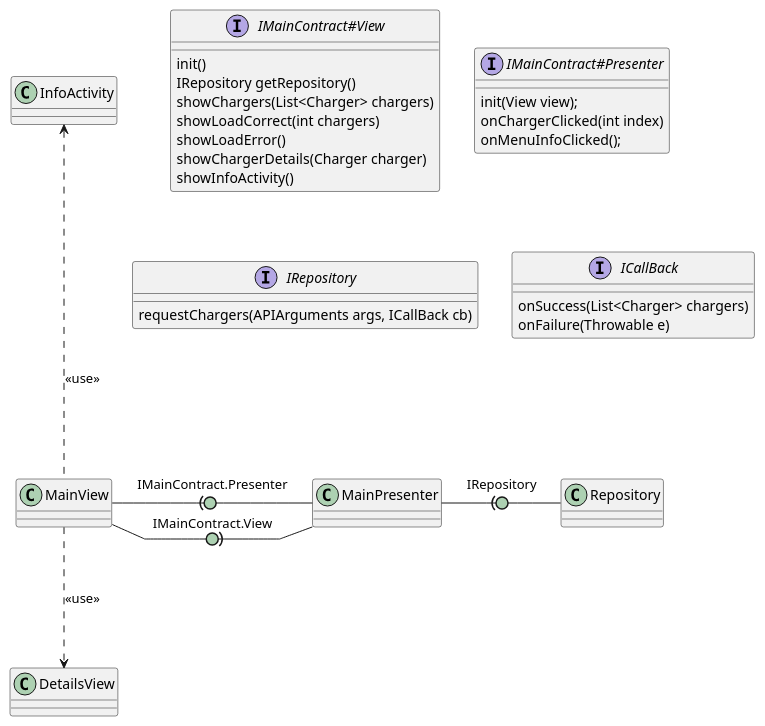
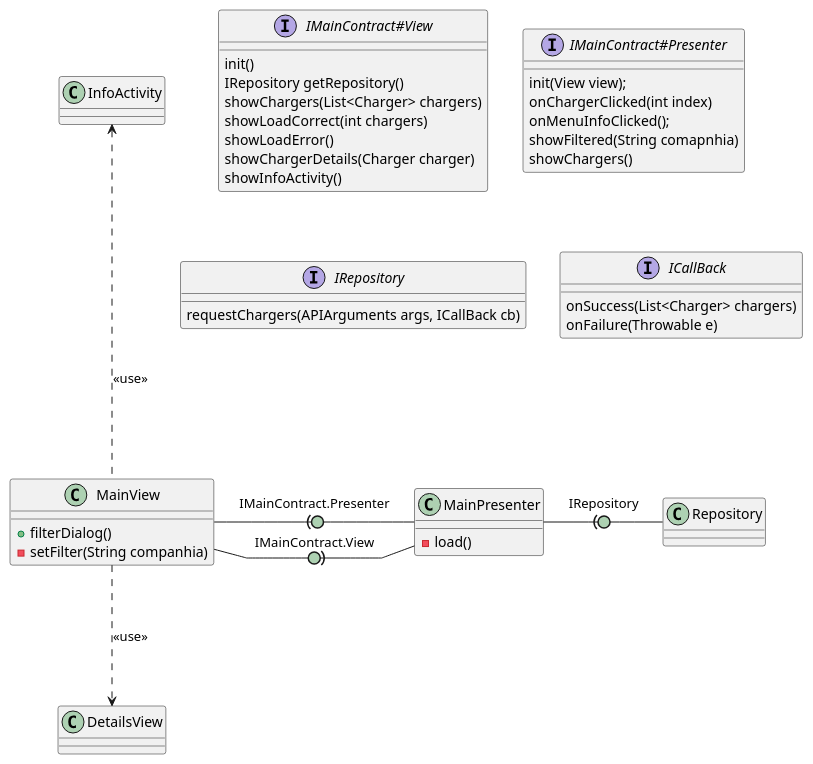
One commit to isunican/App-CarChargers-Grupo2 changed the diagram in Docs/Models/arquitectura.puml. Above: the diagram before and after it, drawn with PlantUML.

```diff
--- a/Docs/Models/arquitectura.puml
+++ b/Docs/Models/arquitectura.puml
@@ -1,44 +1,55 @@
 @startuml arquitectura
 
 skinparam linetype polyline
 skinparam arrowLollipopColor #ADD1B2
 
 MainView -right(0- MainPresenter : IMainContract.Presenter
 MainView -right0)- MainPresenter : IMainContract.View
 MainView -up..-> InfoActivity : <<use>>
 MainView -down..> DetailsView : <<use>>
 MainPresenter -right(0- Repository : IRepository
 
 together {
   interface IMainContract#View
   interface IMainContract#Presenter
   interface IRepository
   interface ICallBack
 }
 
 interface IMainContract#View {
     init()
     IRepository getRepository()
     showChargers(List<Charger> chargers)
     showLoadCorrect(int chargers)
     showLoadError()
     showChargerDetails(Charger charger)
     showInfoActivity()
 }
 
 interface IMainContract#Presenter {
    init(View view);
    onChargerClicked(int index)
    onMenuInfoClicked();
+   showFiltered(String comapnhia)
+   showChargers()
 }
 
 interface IRepository {
     requestChargers(APIArguments args, ICallBack cb)
 }
 
 interface ICallBack {
     onSuccess(List<Charger> chargers)
     onFailure(Throwable e)
 }
 
+class MainPresenter {
+    -load()
+}
+
+class MainView {
+    +filterDialog()
+    -setFilter(String companhia)
+}
+
 @enduml
```
